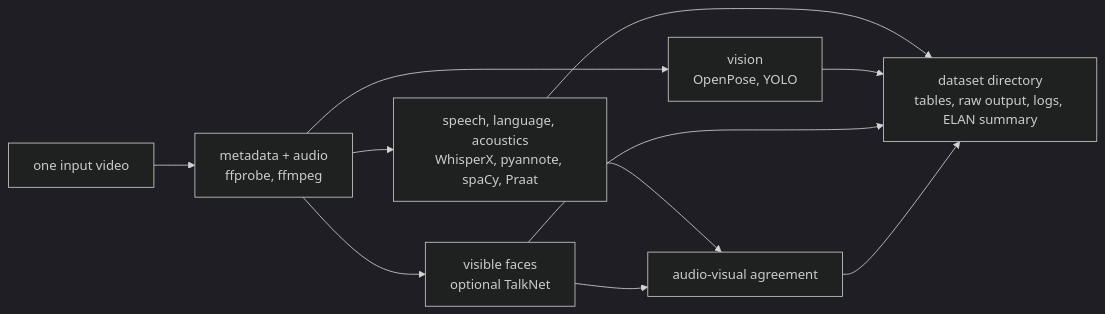
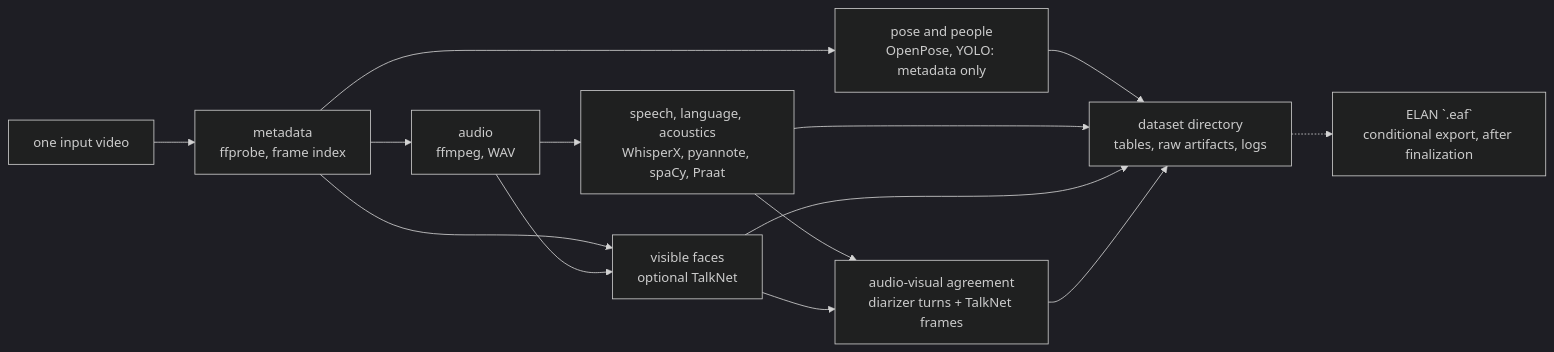
The diagram in README.md (RaulKite/storytell-pipeline), drawn with Mermaid (dark theme) before and after one commit. The commit also changed other lines of this file, not shown here.

````diff
--- a/README.md
+++ b/README.md
@@ -26,9 +26,10 @@
 ```mermaid
 flowchart LR
-    video["one input video"] --> meta["metadata + audio<br/>ffprobe, ffmpeg"]
-    meta --> speech["speech, language, acoustics<br/>WhisperX, pyannote, spaCy, Praat"]
-    meta --> vision["vision<br/>OpenPose, YOLO"]
-    meta --> faces["visible faces<br/>optional TalkNet"]
-    speech & faces --> fusion["audio-visual agreement"]
-    speech & vision & faces & fusion --> data["dataset directory<br/>tables, raw output, logs, ELAN summary"]
+    video["one input video"] --> meta["metadata<br/>ffprobe, frame index"]
+    meta --> audio["audio<br/>ffmpeg, WAV"] --> speech["speech, language, acoustics<br/>WhisperX, pyannote, spaCy, Praat"]
+    meta --> vision["pose and people<br/>OpenPose, YOLO: metadata only"]
+    meta & audio --> faces["visible faces<br/>optional TalkNet"]
+    speech & faces --> fusion["audio-visual agreement<br/>diarizer turns + TalkNet frames"]
+    vision & speech & faces & fusion --> data["dataset directory<br/>tables, raw artifacts, logs"]
+    data -.-> elan["ELAN `.eaf`<br/>conditional export, after finalization"]
 ```
````
